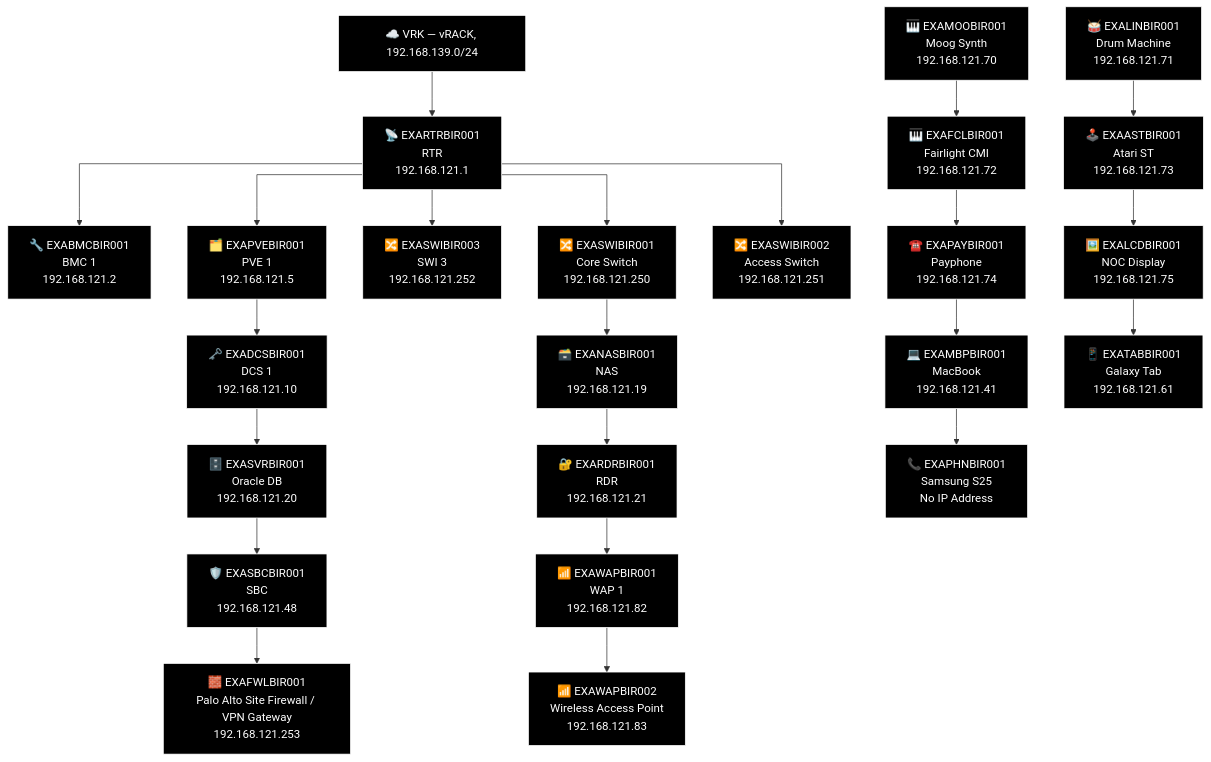
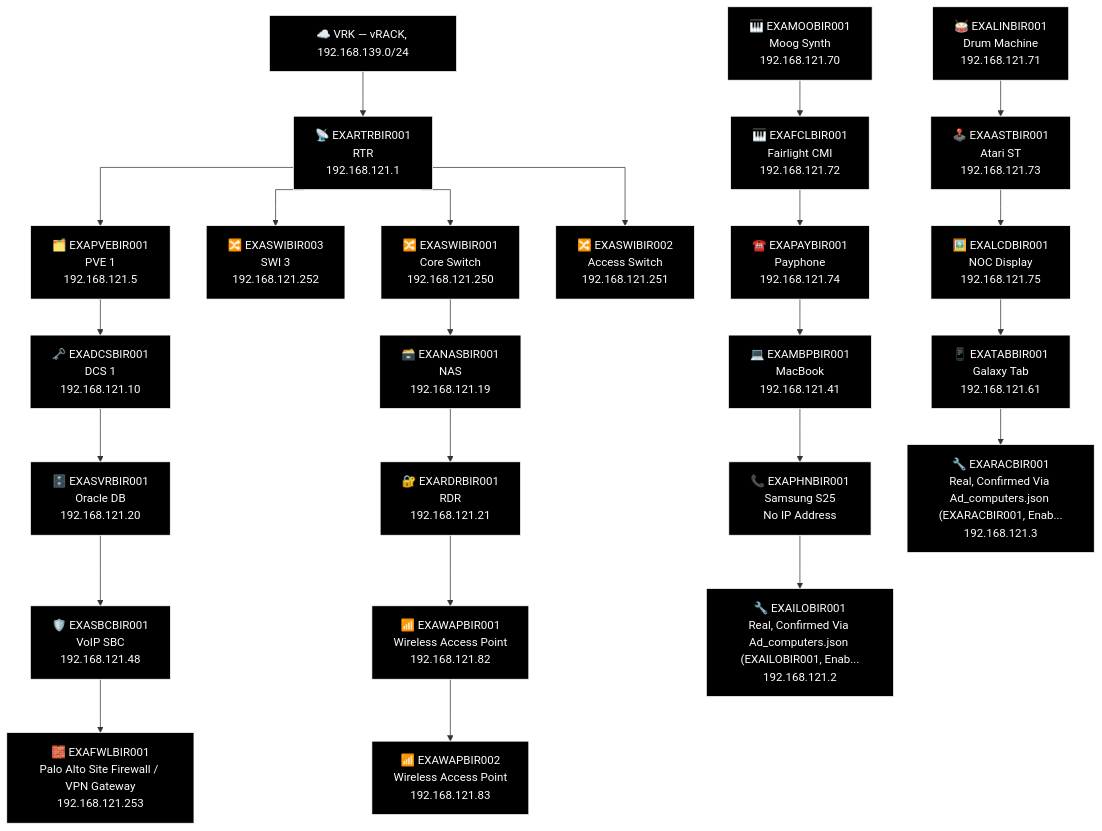
Before and after one commit to knightmare2600/example_music_infra: the sixth of 27 diagrams in docs/network-diagram/england.md, drawn with Mermaid. The commit also changed other lines of this file and 36 other files, not shown here.

First line of the commit message:
devices.csv: add real WAP/SBC/RAC/NAS/ILO/FWL rows for the missing-row backlog

````diff
--- a/docs/network-diagram/england.md
+++ b/docs/network-diagram/england.md
@@ -281,64 +276,65 @@
 ```mermaid
 %% GENERATED:TOPOLOGY:BIR:START
 %%{init: {'flowchart': {'curve': 'stepAfter'}}}%%
 graph TD
     T_VRK["☁️ VRK — vRACK, 192.168.139.0/24"]
     T_RTR["📡 EXARTRBIR001<br/>RTR<br/>192.168.121.1"]
     T_VRK --> T_RTR
-    T_BMC["🔧 EXABMCBIR001<br/>BMC 1<br/>192.168.121.2"]
-    T_RTR --> T_BMC
     T_PVE["🗂️ EXAPVEBIR001<br/>PVE 1<br/>192.168.121.5"]
     T_RTR --> T_PVE
     T_SWI["🔀 EXASWIBIR003<br/>SWI 3<br/>192.168.121.252"]
     T_RTR --> T_SWI
     T_SWI2["🔀 EXASWIBIR001<br/>Core Switch<br/>192.168.121.250"]
     T_RTR --> T_SWI2
     T_SWI3["🔀 EXASWIBIR002<br/>Access Switch<br/>192.168.121.251"]
     T_RTR --> T_SWI3
     T_NAS["🗃️ EXANASBIR001<br/>NAS<br/>192.168.121.19"]
     T_RDR["🔐 EXARDRBIR001<br/>RDR<br/>192.168.121.21"]
-    T_WAP["📶 EXAWAPBIR001<br/>WAP 1<br/>192.168.121.82"]
+    T_WAP["📶 EXAWAPBIR001<br/>Wireless Access Point<br/>192.168.121.82"]
     T_WAP2["📶 EXAWAPBIR002<br/>Wireless Access Point<br/>192.168.121.83"]
     T_SWI2 --> T_NAS --> T_RDR --> T_WAP --> T_WAP2
     T_DCS["🗝️ EXADCSBIR001<br/>DCS 1<br/>192.168.121.10"]
     T_SVR["🗄️ EXASVRBIR001<br/>Oracle DB<br/>192.168.121.20"]
-    T_SBC["🛡️ EXASBCBIR001<br/>SBC<br/>192.168.121.48"]
+    T_SBC["🛡️ EXASBCBIR001<br/>VoIP SBC<br/>192.168.121.48"]
     T_FWL["🧱 EXAFWLBIR001<br/>Palo Alto Site Firewall / VPN Gateway<br/>192.168.121.253"]
     T_PVE --> T_DCS --> T_SVR --> T_SBC --> T_FWL
     T_MOO["🎹 EXAMOOBIR001<br/>Moog Synth<br/>192.168.121.70"]
     T_LIN["🥁 EXALINBIR001<br/>Drum Machine<br/>192.168.121.71"]
     T_FCL["🎹 EXAFCLBIR001<br/>Fairlight CMI<br/>192.168.121.72"]
     T_AST["🕹️ EXAASTBIR001<br/>Atari ST<br/>192.168.121.73"]
     T_PAY["☎️ EXAPAYBIR001<br/>Payphone<br/>192.168.121.74"]
     T_LCD["🖼️ EXALCDBIR001<br/>NOC Display<br/>192.168.121.75"]
     T_MBP["💻 EXAMBPBIR001<br/>MacBook<br/>192.168.121.41"]
     T_TAB["📱 EXATABBIR001<br/>Galaxy Tab<br/>192.168.121.61"]
     T_PHN["📞 EXAPHNBIR001<br/>Samsung S25<br/>No IP Address"]
-    T_MOO --> T_FCL --> T_PAY --> T_MBP --> T_PHN
-    T_LIN --> T_AST --> T_LCD --> T_TAB
+    T_RAC["🔧 EXARACBIR001<br/>Real, Confirmed Via Ad_computers.json (EXARACBIR001, Enab...<br/>192.168.121.3"]
+    T_ILO["🔧 EXAILOBIR001<br/>Real, Confirmed Via Ad_computers.json (EXAILOBIR001, Enab...<br/>192.168.121.2"]
+    T_MOO --> T_FCL --> T_PAY --> T_MBP --> T_PHN --> T_ILO
+    T_LIN --> T_AST --> T_LCD --> T_TAB --> T_RAC
     style T_VRK fill:#000000,stroke:#FFFFFF,color:#FFFFFF
     style T_RTR fill:#000000,stroke:#FFFFFF,color:#FFFFFF
-    style T_BMC fill:#000000,stroke:#FFFFFF,color:#FFFFFF
     style T_PVE fill:#000000,stroke:#FFFFFF,color:#FFFFFF
     style T_SWI fill:#000000,stroke:#FFFFFF,color:#FFFFFF
     style T_SWI2 fill:#000000,stroke:#FFFFFF,color:#FFFFFF
     style T_SWI3 fill:#000000,stroke:#FFFFFF,color:#FFFFFF
     style T_NAS fill:#000000,stroke:#FFFFFF,color:#FFFFFF
     style T_RDR fill:#000000,stroke:#FFFFFF,color:#FFFFFF
     style T_WAP fill:#000000,stroke:#FFFFFF,color:#FFFFFF
     style T_WAP2 fill:#000000,stroke:#FFFFFF,color:#FFFFFF
     style T_DCS fill:#000000,stroke:#FFFFFF,color:#FFFFFF
     style T_SVR fill:#000000,stroke:#FFFFFF,color:#FFFFFF
     style T_SBC fill:#000000,stroke:#FFFFFF,color:#FFFFFF
     style T_FWL fill:#000000,stroke:#FFFFFF,color:#FFFFFF
     style T_MOO fill:#000000,stroke:#FFFFFF,color:#FFFFFF
     style T_LIN fill:#000000,stroke:#FFFFFF,color:#FFFFFF
     style T_FCL fill:#000000,stroke:#FFFFFF,color:#FFFFFF
     style T_AST fill:#000000,stroke:#FFFFFF,color:#FFFFFF
     style T_PAY fill:#000000,stroke:#FFFFFF,color:#FFFFFF
     style T_LCD fill:#000000,stroke:#FFFFFF,color:#FFFFFF
     style T_MBP fill:#000000,stroke:#FFFFFF,color:#FFFFFF
     style T_TAB fill:#000000,stroke:#FFFFFF,color:#FFFFFF
     style T_PHN fill:#000000,stroke:#FFFFFF,color:#FFFFFF
+    style T_RAC fill:#000000,stroke:#FFFFFF,color:#FFFFFF
+    style T_ILO fill:#000000,stroke:#FFFFFF,color:#FFFFFF
 %% GENERATED:TOPOLOGY:BIR:END
 ```
````
